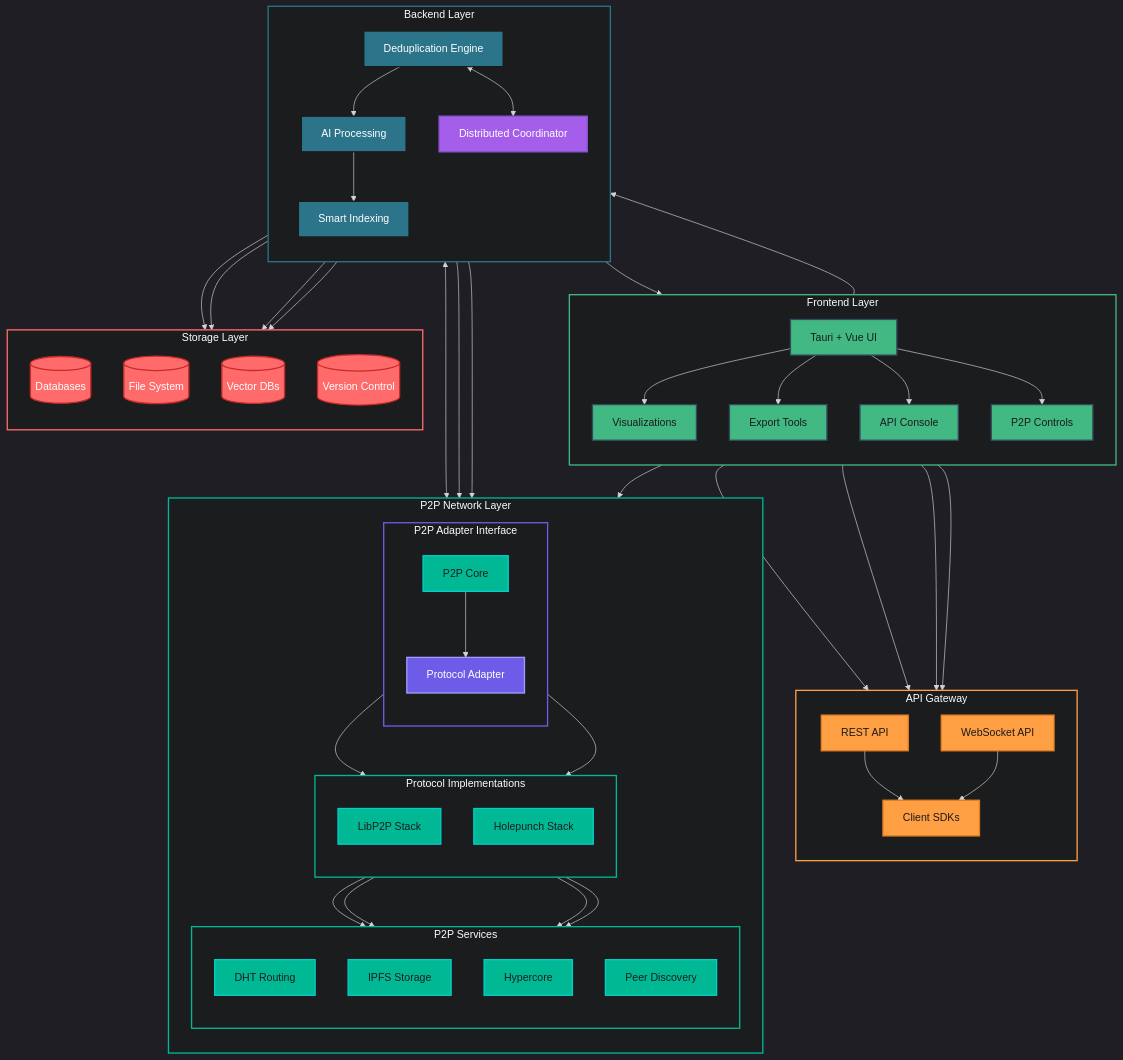
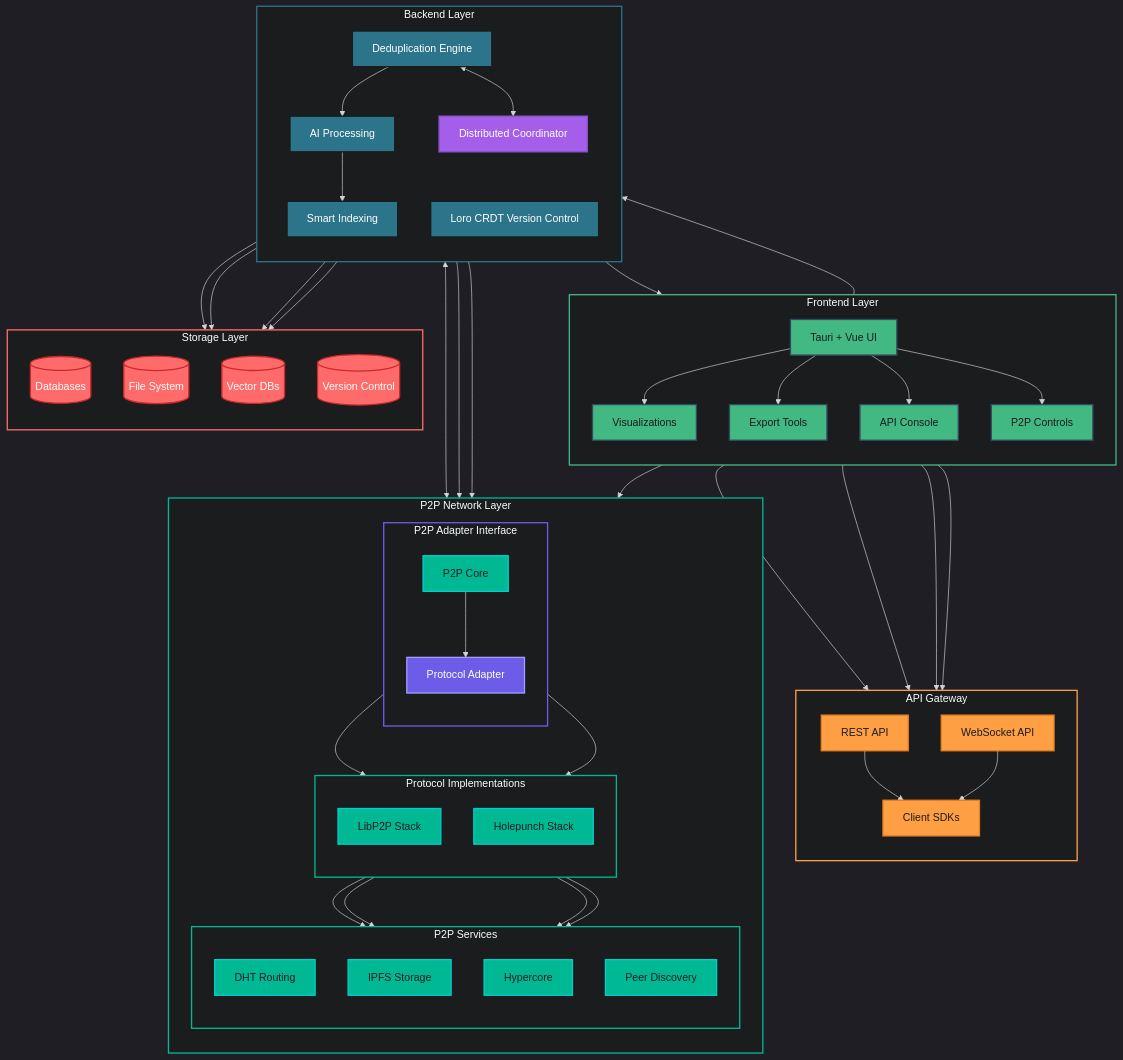
One commit to jermsam/jdeduplix changed the first of 3 diagrams in ReadMe.md. Above: the diagram before and after it, drawn with Mermaid. The commit also changed other lines of this file, not shown here.

Commit message:
enhance design with version control

```diff
--- a/ReadMe.md
+++ b/ReadMe.md
@@ -158,6 +195,7 @@
         AI[AI Processing]:::backend
         IDX[Smart Indexing]:::backend
         DIST[Distributed Coordinator]:::dist
+        VC[Loro CRDT Version Control]:::backend
     end
 
     subgraph ST[Storage Layer]
```
